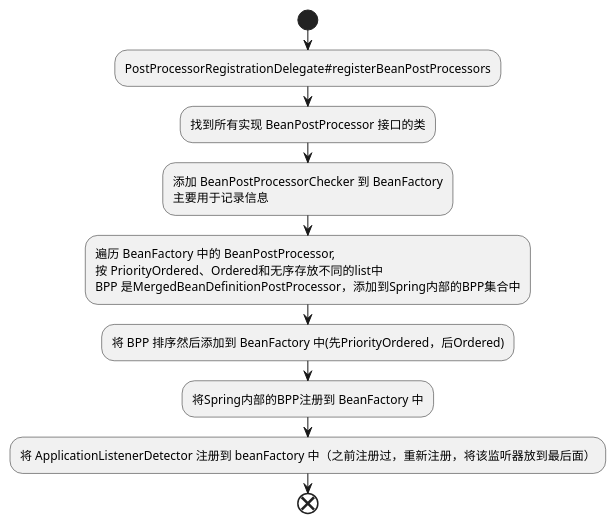
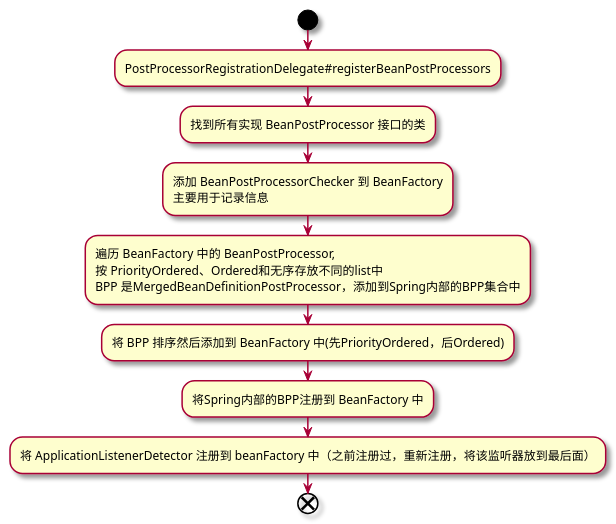
Before and after one commit to zhanglingde/SpringOriginCode: the diagram in debug/src/main/java/注册 BeanPostProcessor.puml, drawn with PlantUML. The commit also changed 16 other files, not shown here.

```diff
--- a/debug/src/main/java/注册 BeanPostProcessor.puml
+++ b/debug/src/main/java/注册 BeanPostProcessor.puml
@@ -1,15 +1,14 @@
 @startuml
 
+skin rose
+
 start
-:PostProcessorRegistrationDelegate#registerBeanPostProcessors;
-:找到所有实现 BeanPostProcessor 接口的类;
-:添加 BeanPostProcessorChecker 到 BeanFactory\n主要用于记录信息;
-:遍历 BeanFactory 中的 BeanPostProcessor,\n按 PriorityOrdered、Ordered和无序存放不同的list中\nBPP 是MergedBeanDefinitionPostProcessor，添加到Spring内部的BPP集合中;
-:将 BPP 排序然后添加到 BeanFactory 中(先PriorityOrdered，后Ordered);
-:将Spring内部的BPP注册到 BeanFactory 中;
-:将 ApplicationListenerDetector 注册到 beanFactory 中（之前注册过，重新注册，将该监听器放到最后面）;
-
-
+    :PostProcessorRegistrationDelegate#registerBeanPostProcessors;
+    :找到所有实现 BeanPostProcessor 接口的类;
+    :添加 BeanPostProcessorChecker 到 BeanFactory\n主要用于记录信息;
+    :遍历 BeanFactory 中的 BeanPostProcessor,\n按 PriorityOrdered、Ordered和无序存放不同的list中\nBPP 是MergedBeanDefinitionPostProcessor，添加到Spring内部的BPP集合中;
+    :将 BPP 排序然后添加到 BeanFactory 中(先PriorityOrdered，后Ordered);
+    :将Spring内部的BPP注册到 BeanFactory 中;
+    :将 ApplicationListenerDetector 注册到 beanFactory 中（之前注册过，重新注册，将该监听器放到最后面）;
 end
-
 @enduml
```
